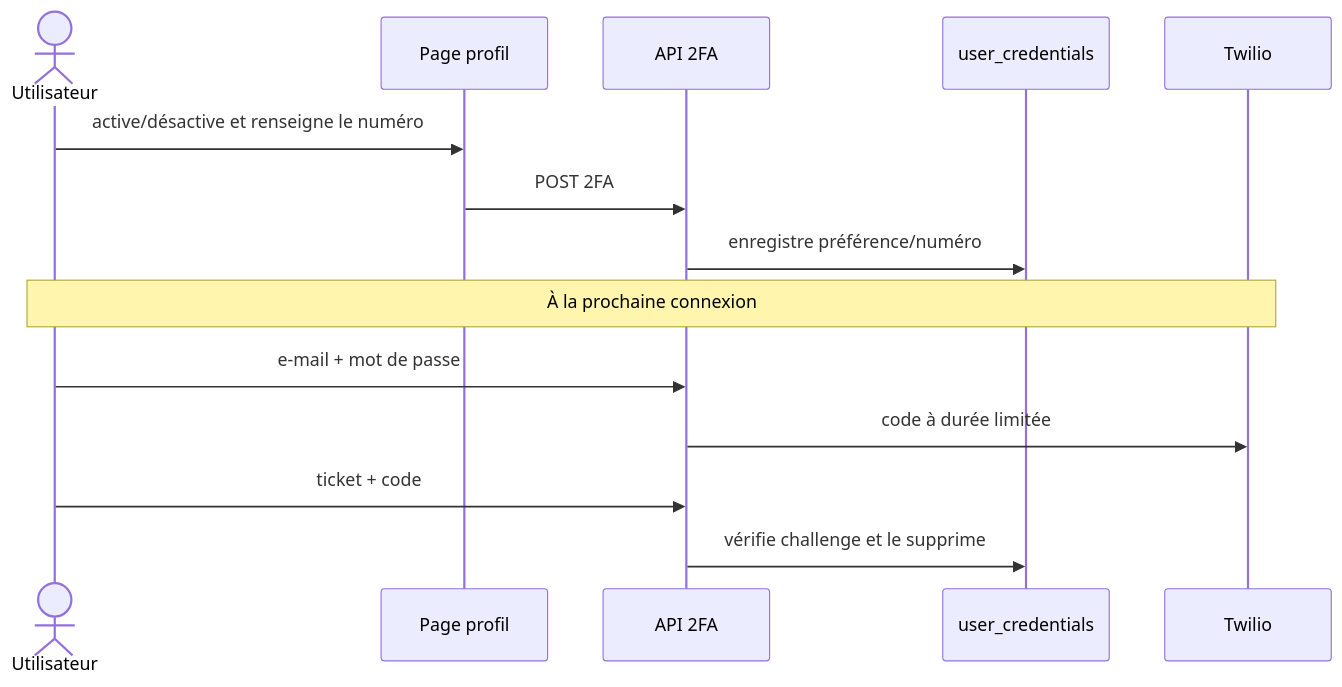
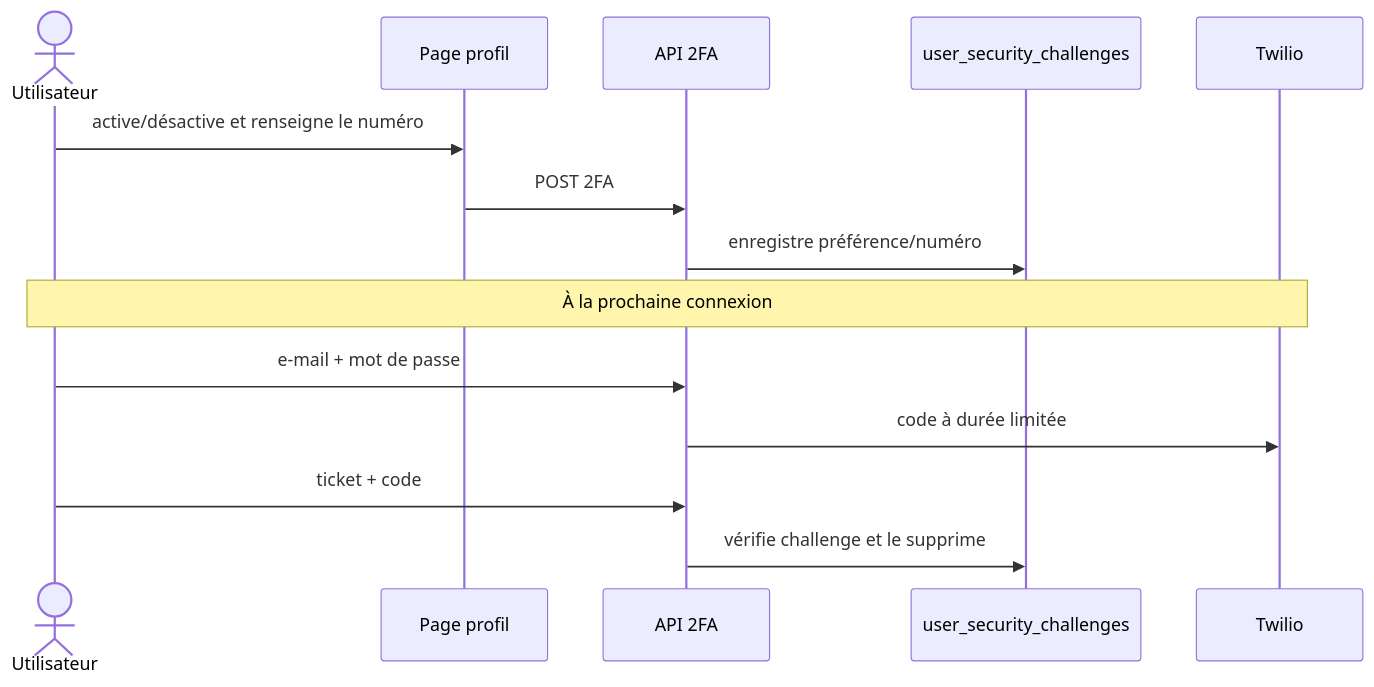
The second of 2 diagrams in docs/workflows/10-profile-security.md (LordVERTON/SIKASCHOOL-website), drawn with Mermaid before and after one commit. The commit also changed other lines of this file and 7 other files, not shown here.

````diff
--- a/docs/workflows/10-profile-security.md
+++ b/docs/workflows/10-profile-security.md
@@ -35,16 +35,16 @@
 ```mermaid
 sequenceDiagram
   actor U as Utilisateur
   participant P as Page profil
   participant API as API 2FA
-  participant DB as user_credentials
+  participant DB as user_security_challenges
   participant T as Twilio
   U->>P: active/désactive et renseigne le numéro
   P->>API: POST 2FA
   API->>DB: enregistre préférence/numéro
   Note over U,T: À la prochaine connexion
   U->>API: e-mail + mot de passe
   API->>T: code à durée limitée
   U->>API: ticket + code
   API->>DB: vérifie challenge et le supprime
 ```
````
